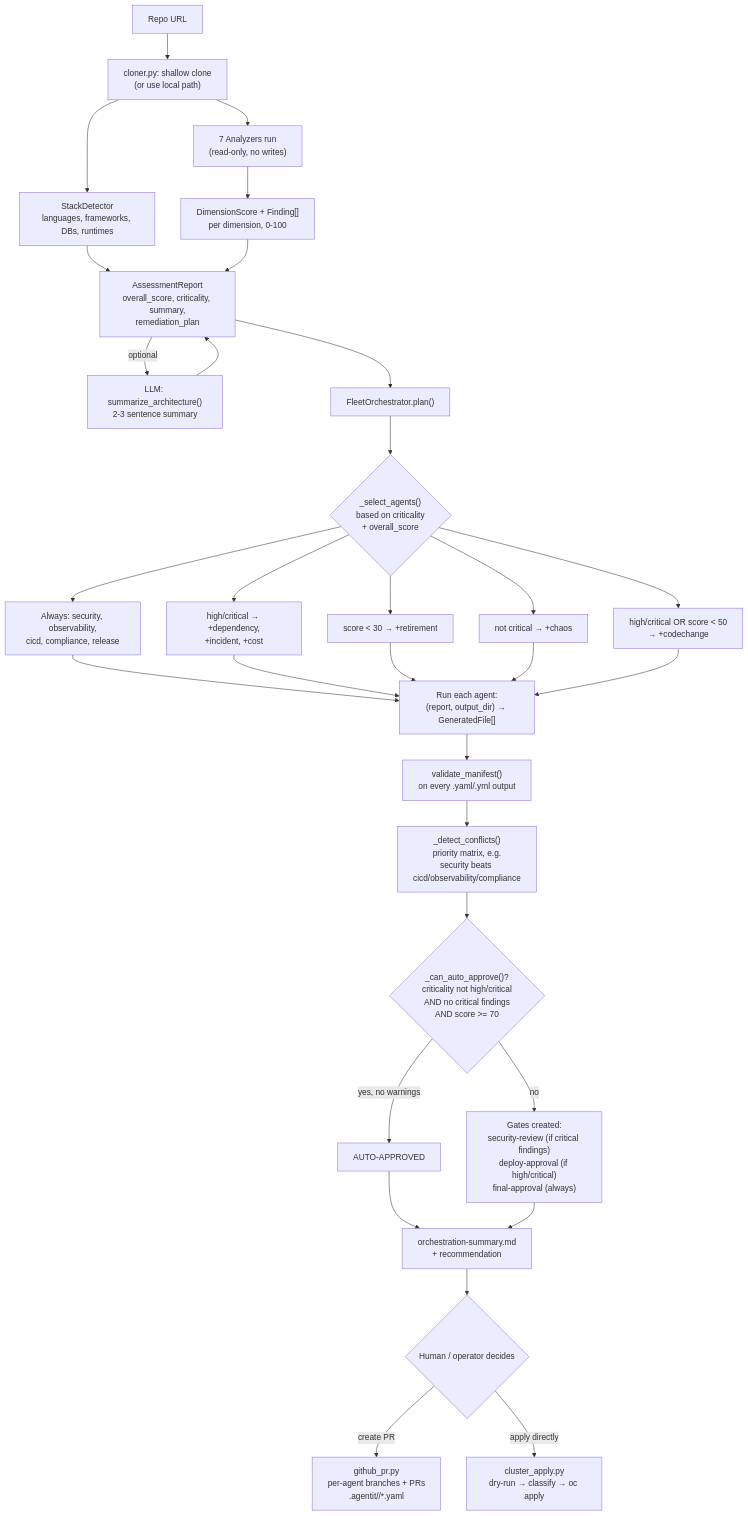
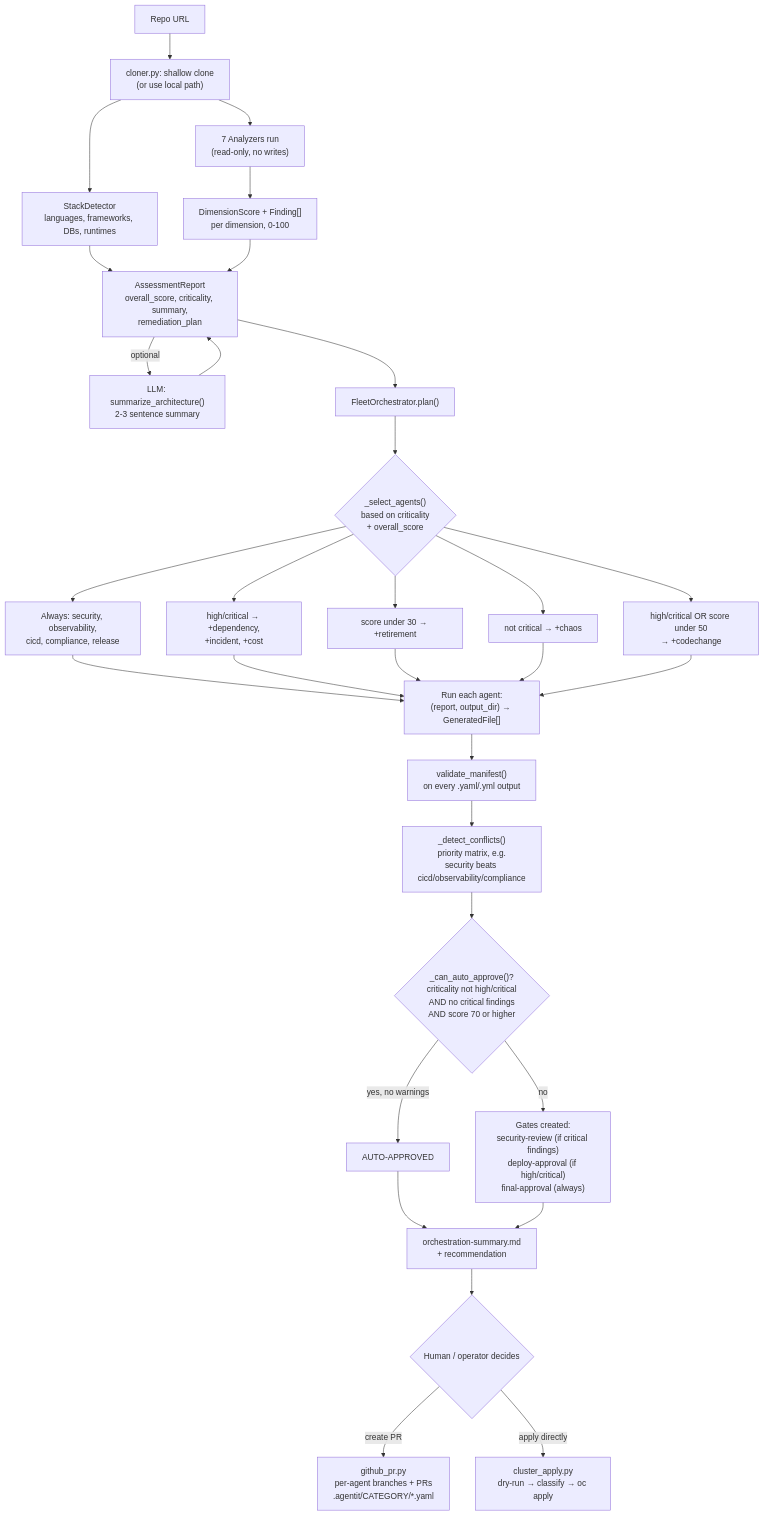
One commit to alimobrem/AgentIT changed the second of 4 diagrams in README.md. Above: the diagram before and after it, drawn with Mermaid. The commit also changed other lines of this file, not shown here.

Commit message:
fix: remove literal < > characters breaking Mermaid rendering in README
GitHub's Mermaid renderer chokes on raw angle brackets in node/edge
labels (e.g. "score < 70", ".agentit/<category>/") since it treats
them as HTML tags. Reworded to plain text so all 4 diagrams render.

````diff
--- a/README.md
+++ b/README.md
@@ -106,32 +106,32 @@
 ```mermaid
 flowchart TD
     A["Repo URL"] --> B["cloner.py: shallow clone\n(or use local path)"]
     B --> C["StackDetector\nlanguages, frameworks, DBs, runtimes"]
     B --> D["7 Analyzers run\n(read-only, no writes)"]
     D --> E["DimensionScore + Finding[]\nper dimension, 0-100"]
     C --> F["AssessmentReport\noverall_score, criticality, summary,\nremediation_plan"]
     E --> F
     F -->|optional| G["LLM: summarize_architecture()\n2-3 sentence summary"]
     G --> F
 
     F --> H["FleetOrchestrator.plan()"]
     H --> I{"_select_agents()\nbased on criticality\n+ overall_score"}
     I --> J["Always: security, observability,\ncicd, compliance, release"]
     I --> K["high/critical → +dependency,\n+incident, +cost"]
-    I --> L["score < 30 → +retirement"]
+    I --> L["score under 30 → +retirement"]
     I --> M["not critical → +chaos"]
-    I --> N["high/critical OR score < 50\n→ +codechange"]
+    I --> N["high/critical OR score under 50\n→ +codechange"]
 
     J & K & L & M & N --> O["Run each agent:\n(report, output_dir) → GeneratedFile[]"]
     O --> P["validate_manifest()\non every .yaml/.yml output"]
     P --> Q["_detect_conflicts()\npriority matrix, e.g.\nsecurity beats cicd/observability/compliance"]
-    Q --> R{"_can_auto_approve()?\ncriticality not high/critical\nAND no critical findings\nAND score >= 70"}
+    Q --> R{"_can_auto_approve()?\ncriticality not high/critical\nAND no critical findings\nAND score 70 or higher"}
     R -->|yes, no warnings| S["AUTO-APPROVED"]
     R -->|no| T["Gates created:\nsecurity-review (if critical findings)\ndeploy-approval (if high/critical)\nfinal-approval (always)"]
     S --> U["orchestration-summary.md\n+ recommendation"]
     T --> U
 
     U --> V{"Human / operator decides"}
-    V -->|create PR| W["github_pr.py\nper-agent branches + PRs\n.agentit/<category>/*.yaml"]
+    V -->|create PR| W["github_pr.py\nper-agent branches + PRs\n.agentit/CATEGORY/*.yaml"]
     V -->|apply directly| X["cluster_apply.py\ndry-run → classify → oc apply"]
 ```
````
